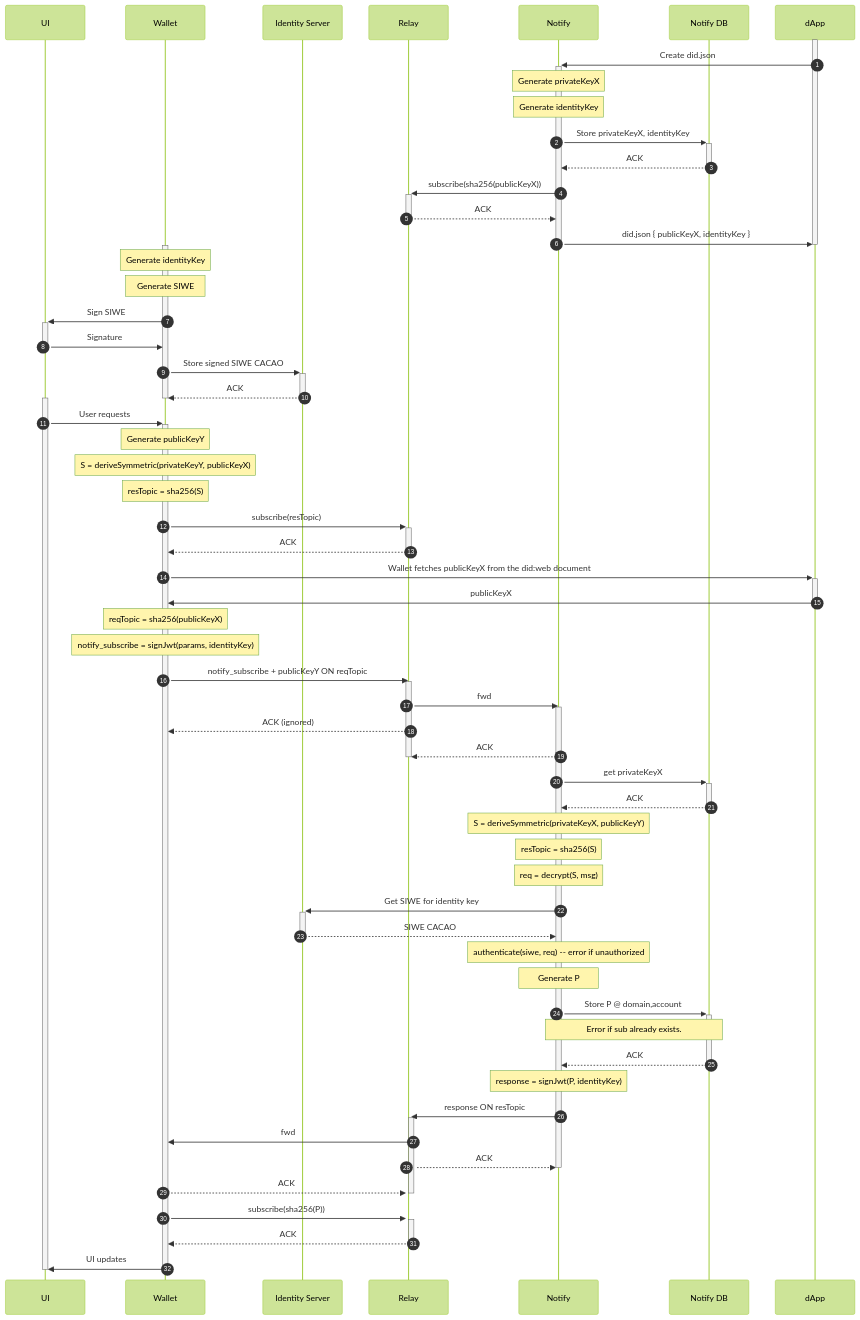
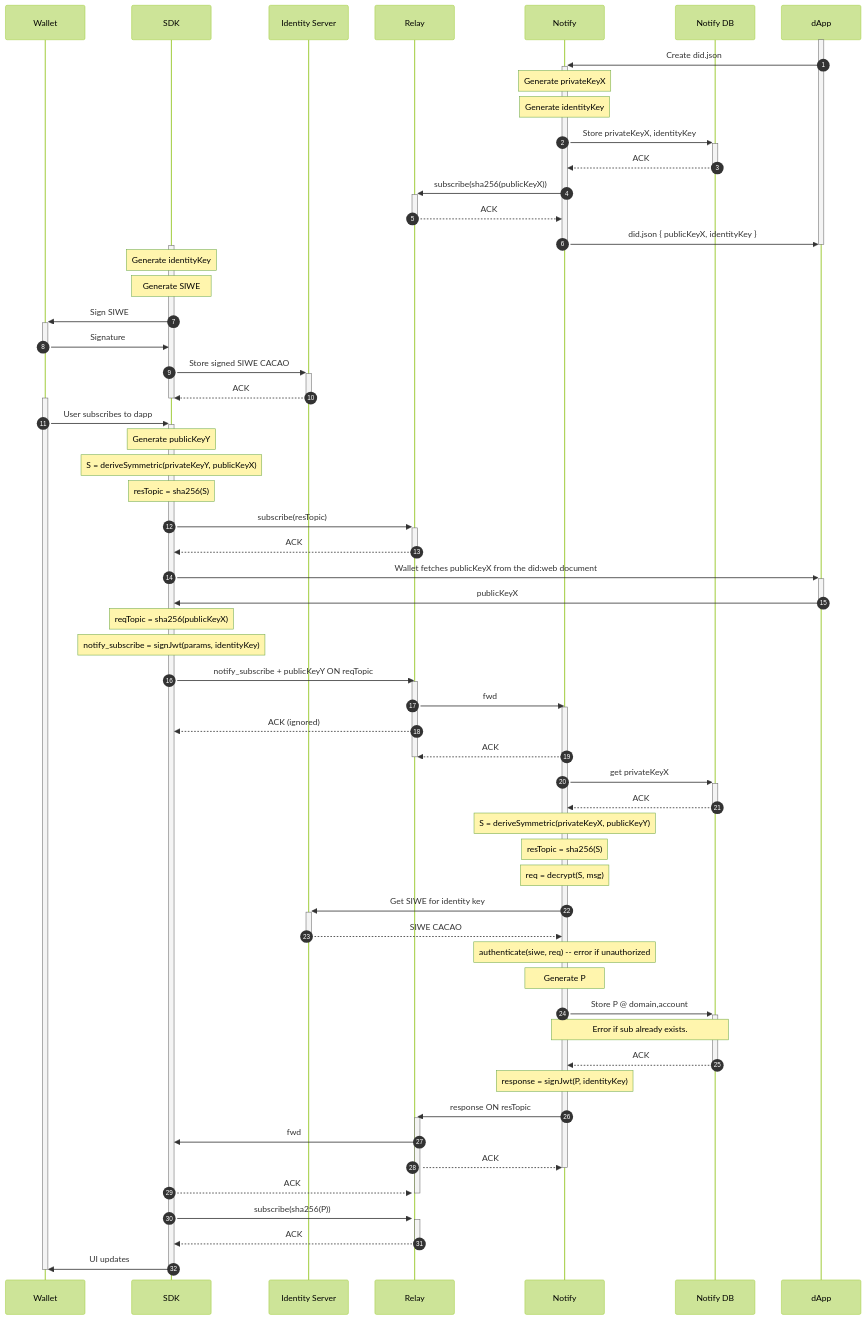
Before and after one commit to WalletConnect/walletconnect-specs: the first of 5 diagrams in docs/specs/clients/notify/truth-diagram.md, drawn with Mermaid (forest theme). The commit also changed other lines of this file, not shown here.

````diff
--- a/docs/specs/clients/notify/truth-diagram.md
+++ b/docs/specs/clients/notify/truth-diagram.md
@@ -16,76 +14,76 @@
 ```mermaid
 sequenceDiagram
     autonumber
-    participant U AS UI
-    participant W AS Wallet
+    participant U AS Wallet
+    participant W AS SDK
     participant I AS Identity Server
     participant R as Relay
     participant N AS Notify
     participant D as Notify DB
     participant A as dApp
 
     %% Subscribe Topic
     activate A
     A->>+N: Create did.json
     Note over N: Generate privateKeyX
     Note over N: Generate identityKey
     N->>+D: Store privateKeyX, identityKey
     D-->>-N: ACK
     N->>+R: subscribe(sha256(publicKeyX))
     R-->>-N: ACK
     N->>-A: did.json { publicKeyX, identityKey }
     deactivate A
 
     activate W
     Note over W: Generate identityKey
     Note over W: Generate SIWE
     W->>+U: Sign SIWE
     U->>-W: Signature
     W->>+I: Store signed SIWE CACAO
     I-->>-W: ACK
     deactivate W
 
     %% Request
     activate U
-    U->>+W: User requests
+    U->>+W: User subscribes to dapp
     Note over W: Generate publicKeyY
     Note over W: S = deriveSymmetric(privateKeyY, publicKeyX)
     Note over W: resTopic = sha256(S)
     W->>+R: subscribe(resTopic)
     R-->>-W: ACK
     W->>+A: Wallet fetches publicKeyX from the did:web document
     A->>-W: publicKeyX
     Note over W: reqTopic = sha256(publicKeyX)
     Note over W: notify_subscribe = signJwt(params, identityKey)
     W->>R: notify_subscribe + publicKeyY ON reqTopic
     activate R
     R->>N: fwd
     activate N
     R-->>W: ACK (ignored)
     N-->>R: ACK
     deactivate R
     N->>+D: get privateKeyX
     D-->>-N: ACK
     Note over N: S = deriveSymmetric(privateKeyX, publicKeyY)
     Note over N: resTopic = sha256(S)
     Note over N: req = decrypt(S, msg)
     N->>+I: Get SIWE for identity key
     I-->>-N: SIWE CACAO
     Note over N: authenticate(siwe, req) -- error if unauthorized
     Note over N: Generate P
     N->>+D: Store P @ domain,account
     Note over N,D: Error if sub already exists.
     D-->>-N: ACK
     Note over N: response = signJwt(P, identityKey)
     N->>+R: response ON resTopic
     activate R
     R->>W: fwd
     R-->>N: ACK
     deactivate N
     W-->>R: ACK
     deactivate R
     W->>+R: subscribe(sha256(P))
     R-->>-W: ACK
     W->>-U: UI updates
     deactivate U
 ```
````
